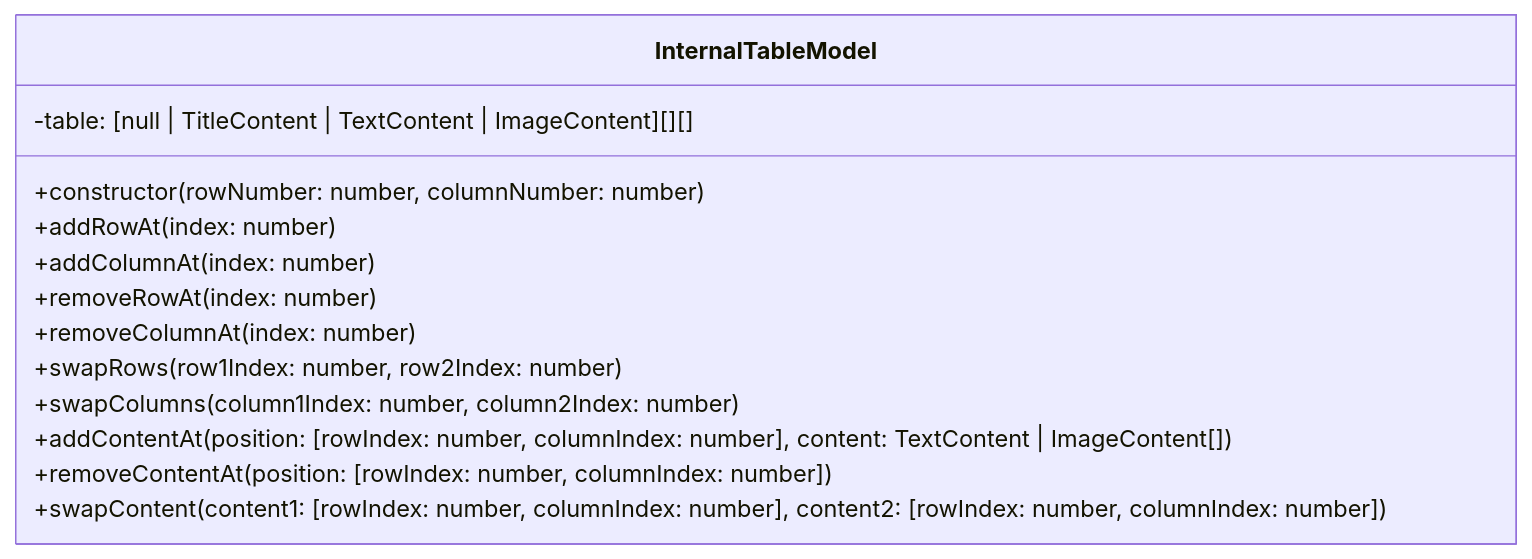
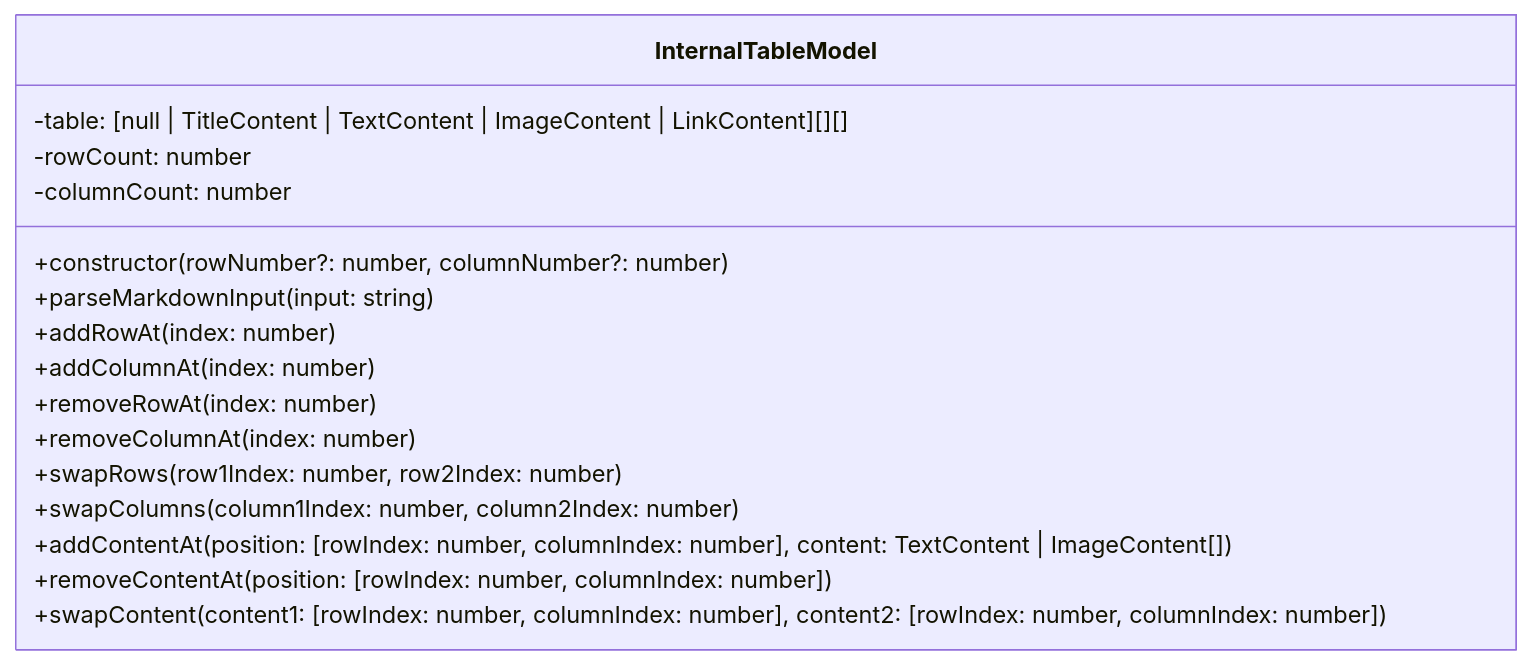
The second of 3 diagrams in documentation/documentation.md (lcov29/markdown-table-generator), drawn with Mermaid before and after one commit. The commit also changed other lines of this file, not shown here.

Commit message:
update content

````diff
--- a/documentation/documentation.md
+++ b/documentation/documentation.md
@@ -82,19 +77,22 @@
 ```mermaid
 
 classDiagram
     class InternalTableModel {
-        -table: [null | TitleContent | TextContent | ImageContent]\[][]
+        -table: [null | TitleContent | TextContent | ImageContent | LinkContent][][]
+        -rowCount: number
+        -columnCount: number
 
-        +constructor(rowNumber: number, columnNumber: number)
+        +constructor(rowNumber?: number, columnNumber?: number)
+        +parseMarkdownInput(input: string)
         +addRowAt(index: number)
         +addColumnAt(index: number)
         +removeRowAt(index: number)
         +removeColumnAt(index: number)
         +swapRows(row1Index: number, row2Index: number)
         +swapColumns(column1Index: number, column2Index: number)
         +addContentAt(position: [rowIndex: number, columnIndex: number], content: TextContent | ImageContent[])
         +removeContentAt(position: [rowIndex: number, columnIndex: number])
         +swapContent(content1: [rowIndex: number, columnIndex: number], content2: [rowIndex: number, columnIndex: number])
     }
 
 ```
````
